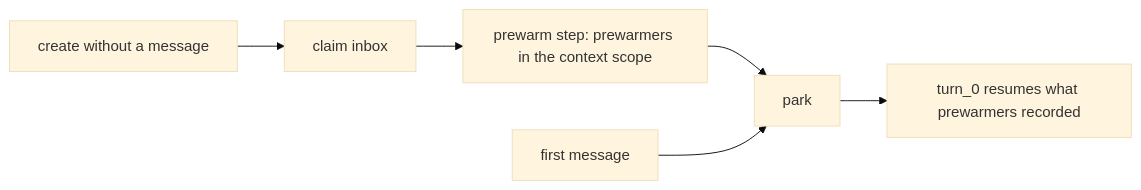
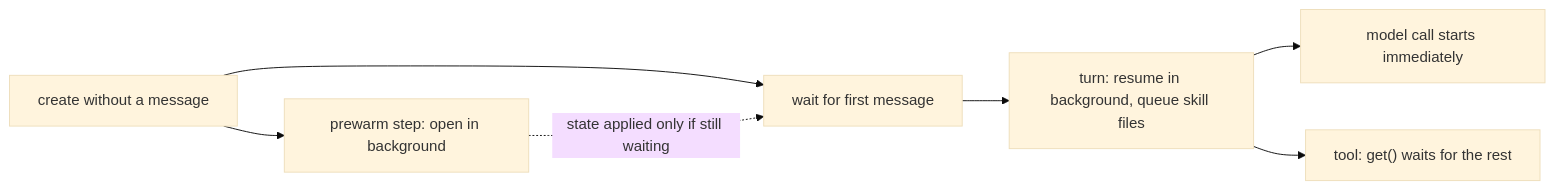
One commit to vercel/eve changed the diagram in research/session-prewarmers.md. Above: the diagram before and after it, drawn with Mermaid (base theme). The commit also changed other lines of this file and 27 other files, not shown here.

Commit message:
feat: race sandbox work against the model call

````diff
--- a/research/session-prewarmers.md
+++ b/research/session-prewarmers.md
@@ -37,8 +52,9 @@
 ```mermaid
 flowchart LR
-  Create["create without a message"] --> Claim["claim inbox"]
-  Claim --> Step["prewarm step: prewarmers in the context scope"]
-  Step --> Park["park"]
-  Send["first message"] --> Park
-  Park --> Turn["turn_0 resumes what prewarmers recorded"]
+  Create["create without a message"] --> Prewarm["prewarm step: open in background"]
+  Create --> Wait["wait for first message"]
+  Prewarm -. "state applied only if still waiting" .-> Wait
+  Wait --> Turn["turn: resume in background, queue skill files"]
+  Turn --> Model["model call starts immediately"]
+  Turn --> Tool["tool: get() waits for the rest"]
 ```
````
